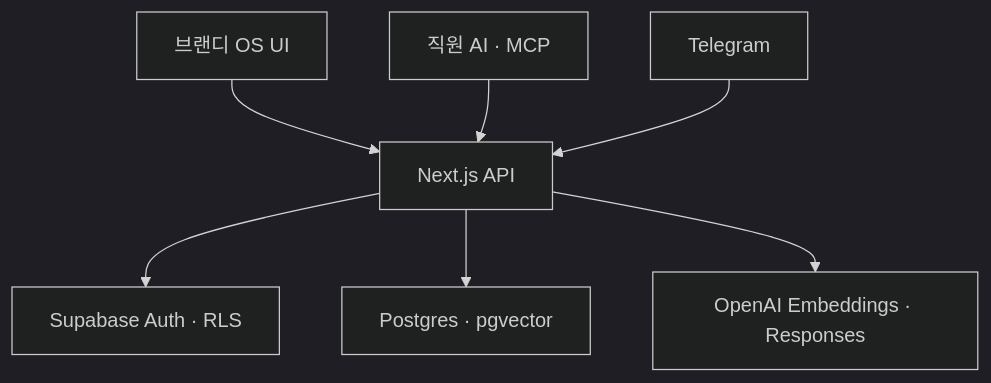
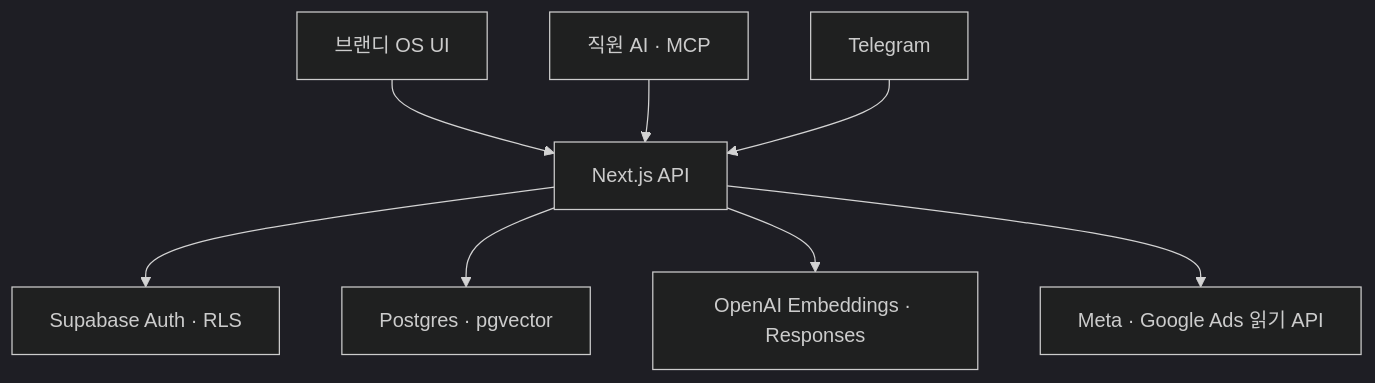
One commit to brandyaction-ricky/OS changed the diagram in docs/IMPLEMENTATION.md. Above: the diagram before and after it, drawn with Mermaid (dark theme). The commit also changed other lines of this file and 14 other files, not shown here.

````diff
--- a/docs/IMPLEMENTATION.md
+++ b/docs/IMPLEMENTATION.md
@@ -33,9 +34,10 @@
 ```mermaid
 flowchart TD
     UI["브랜디 OS UI"] --> API["Next.js API"]
     AI["직원 AI · MCP"] --> API
     TG["Telegram"] --> API
     API --> AUTH["Supabase Auth · RLS"]
     API --> DB["Postgres · pgvector"]
     API --> OA["OpenAI Embeddings · Responses"]
+    API --> ADS["Meta · Google Ads 읽기 API"]
 ```
````
